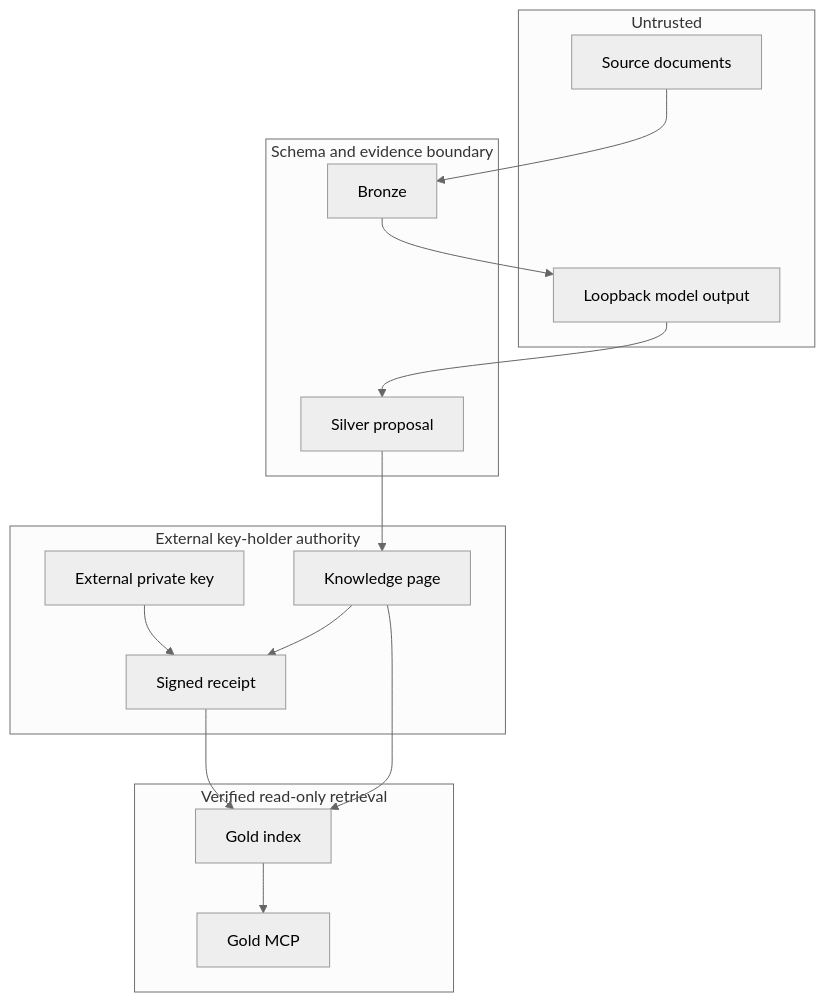
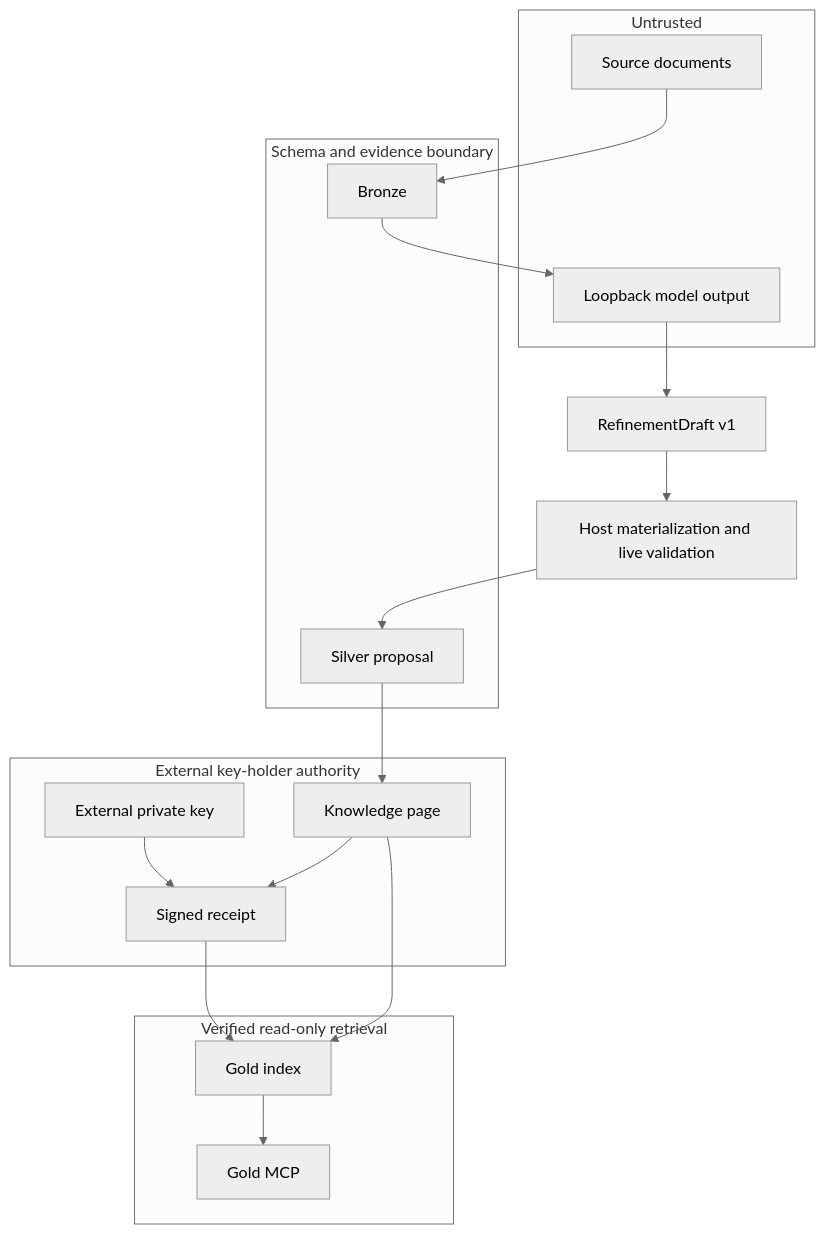
One commit to patschmittdev/Ziggurat changed the diagram in ARCHITECTURE.md. Above: the diagram before and after it, drawn with Mermaid (neutral theme). The commit also changed other lines of this file and 99 other files, not shown here.

````diff
--- a/ARCHITECTURE.md
+++ b/ARCHITECTURE.md
@@ -42,30 +47,32 @@
 ```mermaid
 flowchart TB
     subgraph Untrusted
       SRC[Source documents]
       MODEL[Loopback model output]
     end
     subgraph ProposalBoundary[Schema and evidence boundary]
       BRONZE[Bronze]
       SILVER[Silver proposal]
     end
     subgraph HumanBoundary[External key-holder authority]
       KEY[External private key]
       PAGE[Knowledge page]
       RECEIPT[Signed receipt]
     end
     subgraph RetrievalBoundary[Verified read-only retrieval]
       GOLD[Gold index]
       MCP[Gold MCP]
     end
 
     SRC --> BRONZE
     BRONZE --> MODEL
-    MODEL --> SILVER
+    MODEL --> DRAFT[RefinementDraft v1]
+    DRAFT --> HOST[Host materialization and live validation]
+    HOST --> SILVER
     SILVER --> PAGE
     KEY --> RECEIPT
     PAGE --> RECEIPT
     PAGE --> GOLD
     RECEIPT --> GOLD
     GOLD --> MCP
 ```
````
